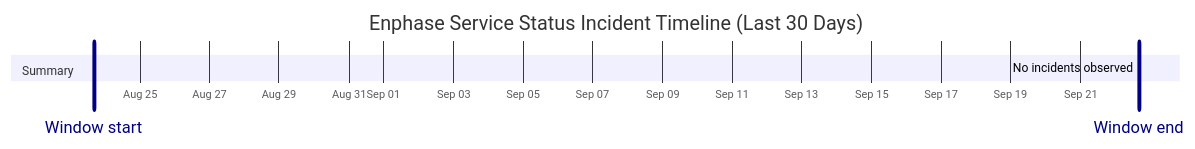
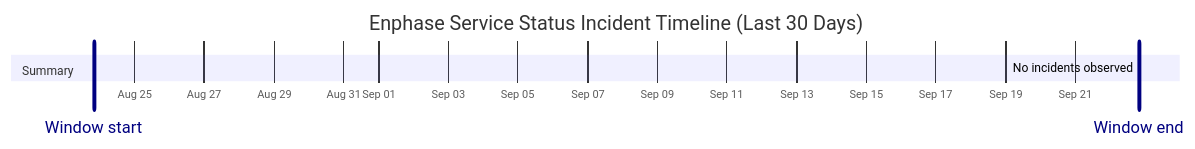
One commit to barneyonline/ha-enphase-energy changed the diagram in wiki/Service-Status-History.md. Above: the diagram before and after it, drawn with Mermaid. The commit also changed other lines of this file and 3 other files, not shown here.

````diff
--- a/wiki/Service-Status-History.md
+++ b/wiki/Service-Status-History.md
@@ -14,10 +14,10 @@
 ```mermaid
 gantt
     title Enphase Service Status Incident Timeline (Last 30 Days)
     dateFormat  YYYY-MM-DDTHH:mm:ss
     axisFormat  %b %d
-    Window start :vert, window-start, 2026-08-23T16:28:54, 0ms
-    Window end :vert, window-end, 2026-09-22T16:28:54, 0ms
+    Window start :vert, window-start, 2026-08-23T19:50:23, 0ms
+    Window end :vert, window-end, 2026-09-22T19:50:23, 0ms
     section Summary
-    No incidents observed :done, 2026-09-22T16:28:54, 1m
+    No incidents observed :done, 2026-09-22T19:50:23, 1m
 ```
````
